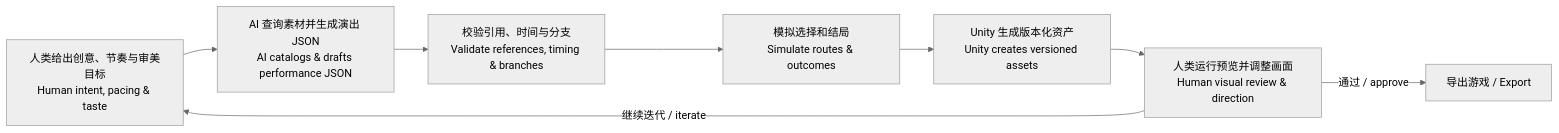
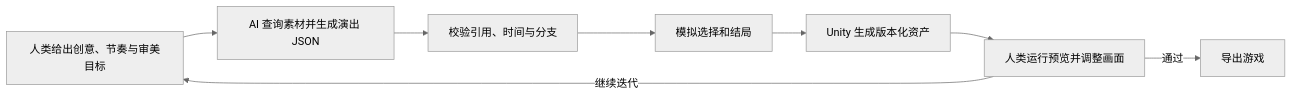
The third of 3 diagrams in README.md (GA10d/GameDev_Performance_System), drawn with Mermaid (neutral theme) before and after one commit. The commit also changed other lines of this file and 1 other file, not shown here.

````diff
--- a/README.md
+++ b/README.md
@@ -163,10 +151,10 @@
 ```mermaid
 flowchart LR
-    H[人类给出创意、节奏与审美目标<br>Human intent, pacing & taste] --> AI[AI 查询素材并生成演出 JSON<br>AI catalogs & drafts performance JSON]
-    AI --> V[校验引用、时间与分支<br>Validate references, timing & branches]
-    V --> S[模拟选择和结局<br>Simulate routes & outcomes]
-    S --> U[Unity 生成版本化资产<br>Unity creates versioned assets]
-    U --> P[人类运行预览并调整画面<br>Human visual review & direction]
-    P -->|继续迭代 / iterate| H
-    P -->|通过 / approve| E[导出游戏 / Export]
+    H[人类给出创意、节奏与审美目标] --> AI[AI 查询素材并生成演出 JSON]
+    AI --> V[校验引用、时间与分支]
+    V --> S[模拟选择和结局]
+    S --> U[Unity 生成版本化资产]
+    U --> P[人类运行预览并调整画面]
+    P -->|继续迭代| H
+    P -->|通过| E[导出游戏]
 ```
````
